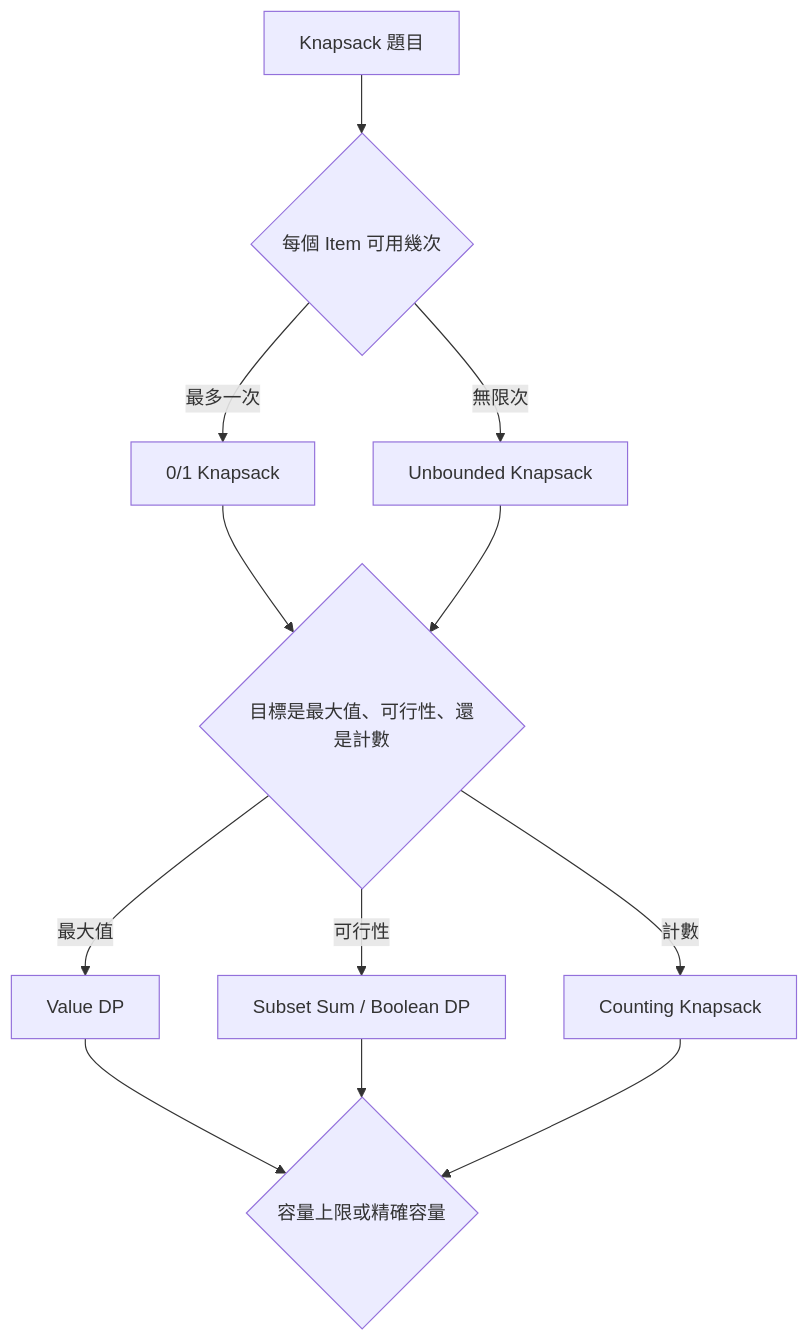
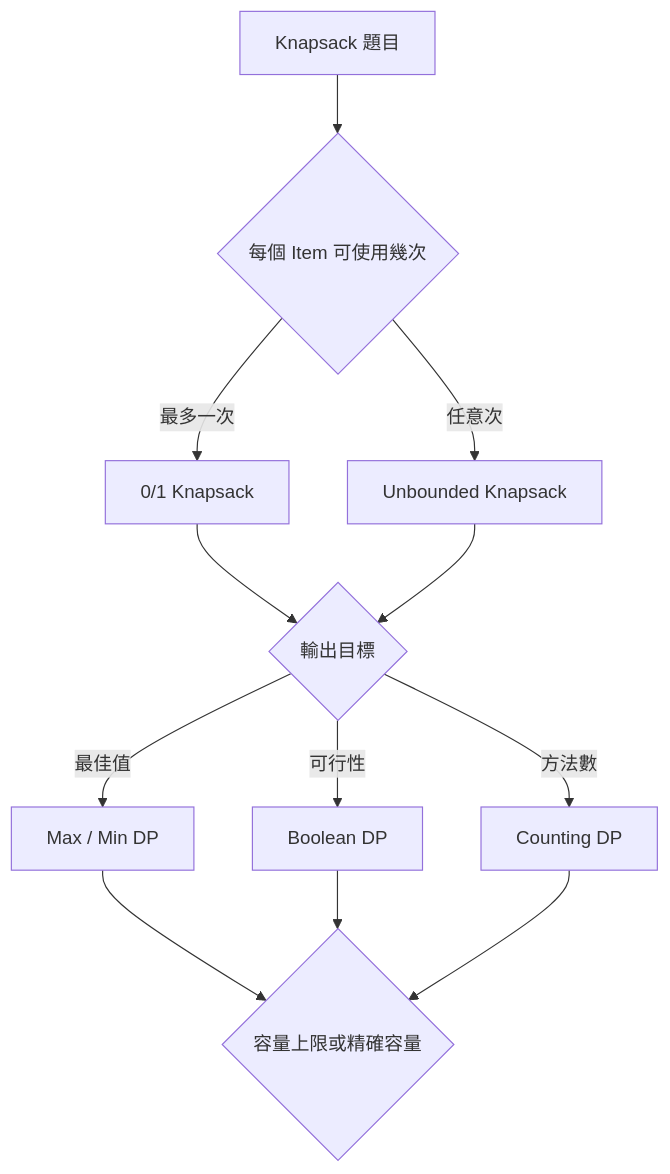
The first of 2 diagrams in 09_dynamic_programming/40_knapsack.md (davidchen0970/algorithm_note), drawn with Mermaid before and after one commit. The commit also changed other lines of this file and 2 other files, not shown here.

````diff
--- a/09_dynamic_programming/40_knapsack.md
+++ b/09_dynamic_programming/40_knapsack.md
@@ -11,14 +26,14 @@
 ```mermaid
 flowchart TD
-    A["Knapsack 題目"] --> B{"每個 Item 可用幾次"}
+    A["Knapsack 題目"] --> B{"每個 Item 可使用幾次"}
     B -->|最多一次| C["0/1 Knapsack"]
-    B -->|無限次| D["Unbounded Knapsack"]
-    C --> E{"目標是最大值、可行性、還是計數"}
+    B -->|任意次| D["Unbounded Knapsack"]
+    C --> E{"輸出目標"}
     D --> E
-    E -->|最大值| F["Value DP"]
-    E -->|可行性| G["Subset Sum / Boolean DP"]
-    E -->|計數| H["Counting Knapsack"]
+    E -->|最佳值| F["Max / Min DP"]
+    E -->|可行性| G["Boolean DP"]
+    E -->|方法數| H["Counting DP"]
     F --> I{"容量上限或精確容量"}
     G --> I
     H --> I
 ```
````
